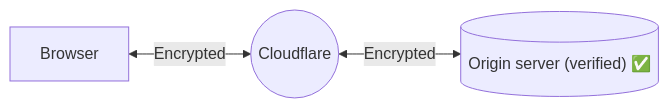
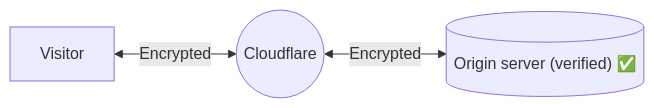
The diagram in vault/packages/cloudflare/latest/contents/ssl/origin-configuration/ssl-modes/full-strict.mdx (olorehq/olore), drawn with Mermaid before and after one commit. The commit also changed 26351 other files, not shown here.

````diff
--- a/vault/packages/cloudflare/latest/contents/ssl/origin-configuration/ssl-modes/full-strict.mdx
+++ b/vault/packages/cloudflare/latest/contents/ssl/origin-configuration/ssl-modes/full-strict.mdx
@@ -18,6 +18,6 @@
 ```mermaid
 flowchart LR
     accTitle: Full - Strict SSL/TLS Encryption
     accDescr: With an encryption mode of Full (strict), your application encrypts traffic going to and coming from Cloudflare.
-    A[Browser] <--Encrypted--> B((Cloudflare))<--Encrypted--> C[("Origin server (verified) #9989;")]
+    A[Visitor] <--Encrypted--> B((Cloudflare))<--Encrypted--> C[("Origin server (verified) #9989;")]
 ```
````
